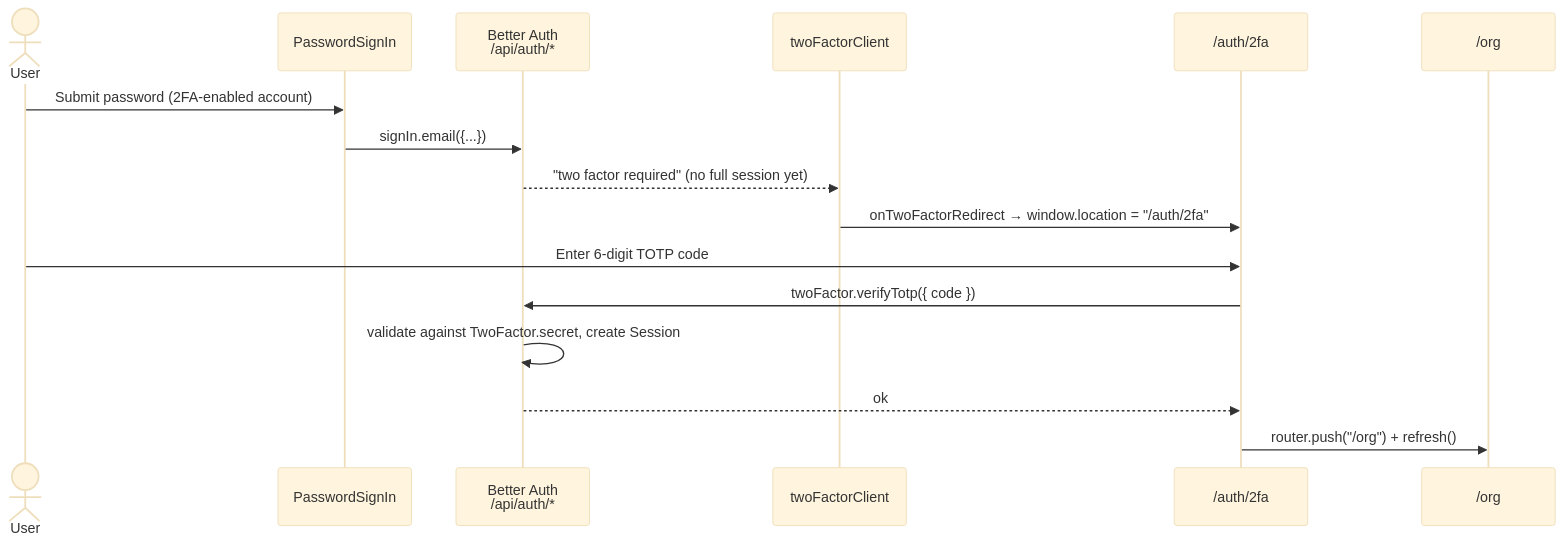
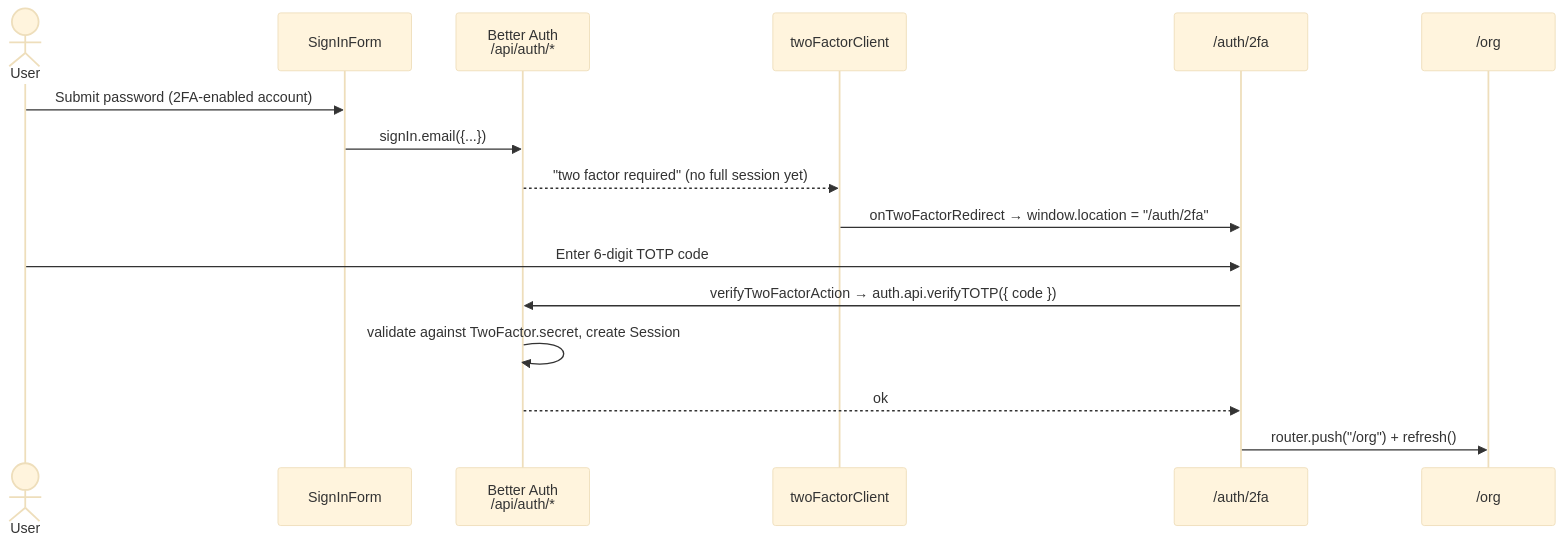
Before and after one commit to saasprokit-com/saasprokit: the diagram in apps/docs/content/docs/authentication/two-factor.mdx, drawn with Mermaid (base theme). The commit also changed other lines of this file and 10 other files, not shown here.

````diff
--- a/apps/docs/content/docs/authentication/two-factor.mdx
+++ b/apps/docs/content/docs/authentication/two-factor.mdx
@@ -71,19 +79,19 @@
 ```mermaid
 sequenceDiagram
     actor User
-    participant SignIn as PasswordSignIn
+    participant SignIn as SignInForm
     participant BA as Better Auth<br/>/api/auth/*
     participant Client as twoFactorClient
     participant TFA as /auth/2fa
     participant Org as /org
 
     User->>SignIn: Submit password (2FA-enabled account)
     SignIn->>BA: signIn.email({...})
     BA-->>Client: "two factor required" (no full session yet)
     Client->>TFA: onTwoFactorRedirect → window.location = "/auth/2fa"
     User->>TFA: Enter 6-digit TOTP code
-    TFA->>BA: twoFactor.verifyTotp({ code })
+    TFA->>BA: verifyTwoFactorAction → auth.api.verifyTOTP({ code })
     BA->>BA: validate against TwoFactor.secret, create Session
     BA-->>TFA: ok
     TFA->>Org: router.push("/org") + refresh()
 ```
````
